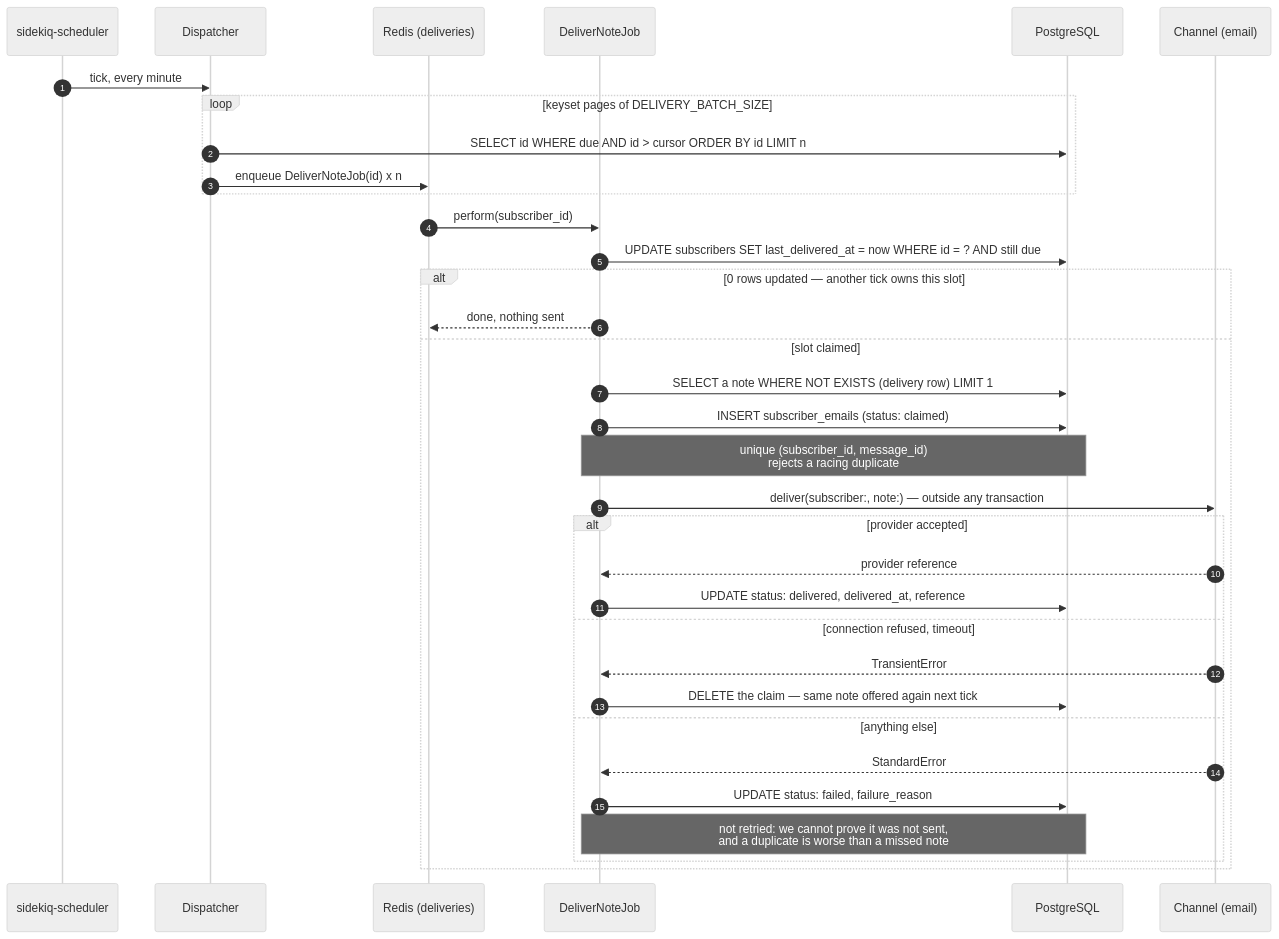
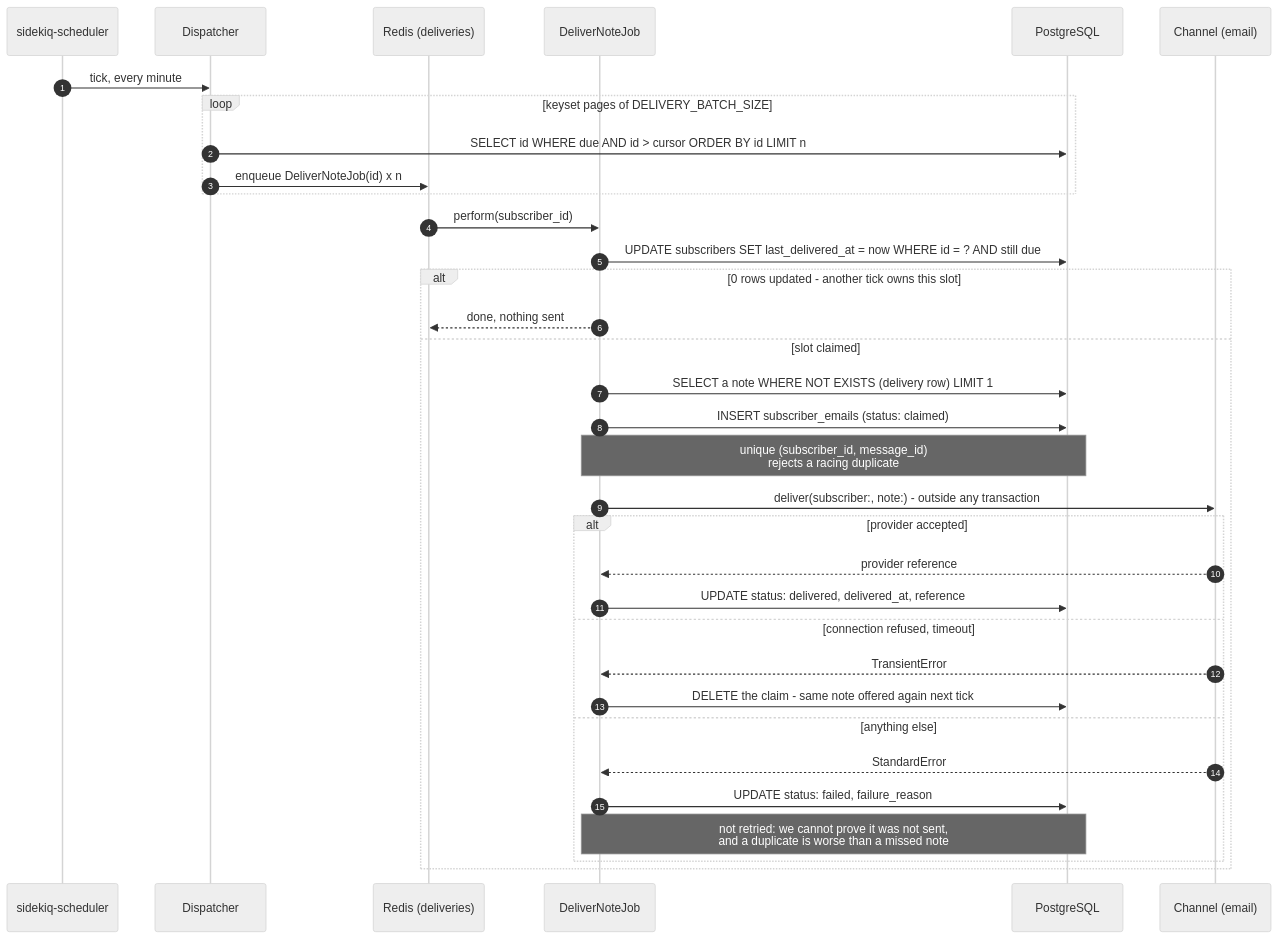
The first of 3 diagrams in README.md (alirazawatoo/wellness-message-dispatcher), drawn with Mermaid (neutral theme) before and after one commit. The commit also changed other lines of this file and 12 other files, not shown here.

````diff
--- a/README.md
+++ b/README.md
@@ -64,37 +73,37 @@
 ```mermaid
 sequenceDiagram
     autonumber
     participant Cron as sidekiq-scheduler
     participant Disp as Dispatcher
     participant Q as Redis (deliveries)
     participant Job as DeliverNoteJob
     participant DB as PostgreSQL
     participant Ch as Channel (email)
 
     Cron->>Disp: tick, every minute
     loop keyset pages of DELIVERY_BATCH_SIZE
         Disp->>DB: SELECT id WHERE due AND id > cursor ORDER BY id LIMIT n
         Disp->>Q: enqueue DeliverNoteJob(id) x n
     end
     Q->>Job: perform(subscriber_id)
     Job->>DB: UPDATE subscribers SET last_delivered_at = now WHERE id = ? AND still due
-    alt 0 rows updated — another tick owns this slot
+    alt 0 rows updated - another tick owns this slot
         Job-->>Q: done, nothing sent
     else slot claimed
         Job->>DB: SELECT a note WHERE NOT EXISTS (delivery row) LIMIT 1
         Job->>DB: INSERT subscriber_emails (status: claimed)
         Note over Job,DB: unique (subscriber_id, message_id)<br/>rejects a racing duplicate
-        Job->>Ch: deliver(subscriber:, note:) — outside any transaction
+        Job->>Ch: deliver(subscriber:, note:) - outside any transaction
         alt provider accepted
             Ch-->>Job: provider reference
             Job->>DB: UPDATE status: delivered, delivered_at, reference
         else connection refused, timeout
             Ch-->>Job: TransientError
-            Job->>DB: DELETE the claim — same note offered again next tick
+            Job->>DB: DELETE the claim - same note offered again next tick
         else anything else
             Ch-->>Job: StandardError
             Job->>DB: UPDATE status: failed, failure_reason
             Note over Job,DB: not retried: we cannot prove it was not sent,<br/>and a duplicate is worse than a missed note
         end
     end
 ```
````
